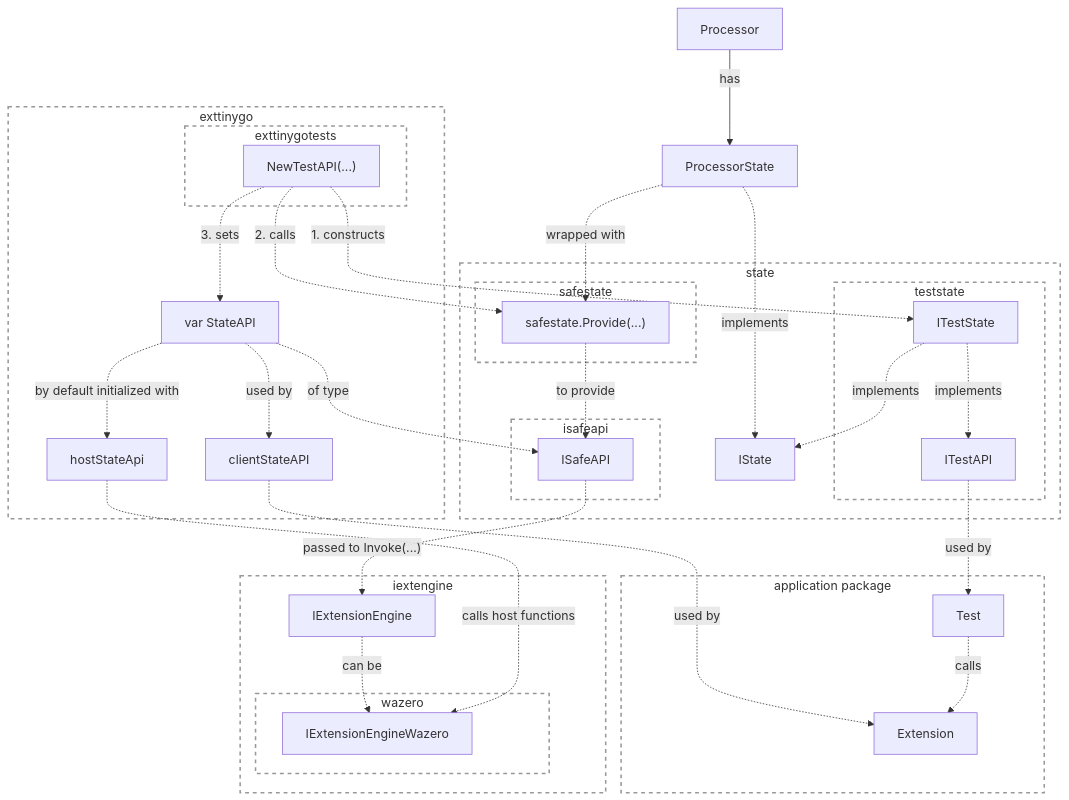
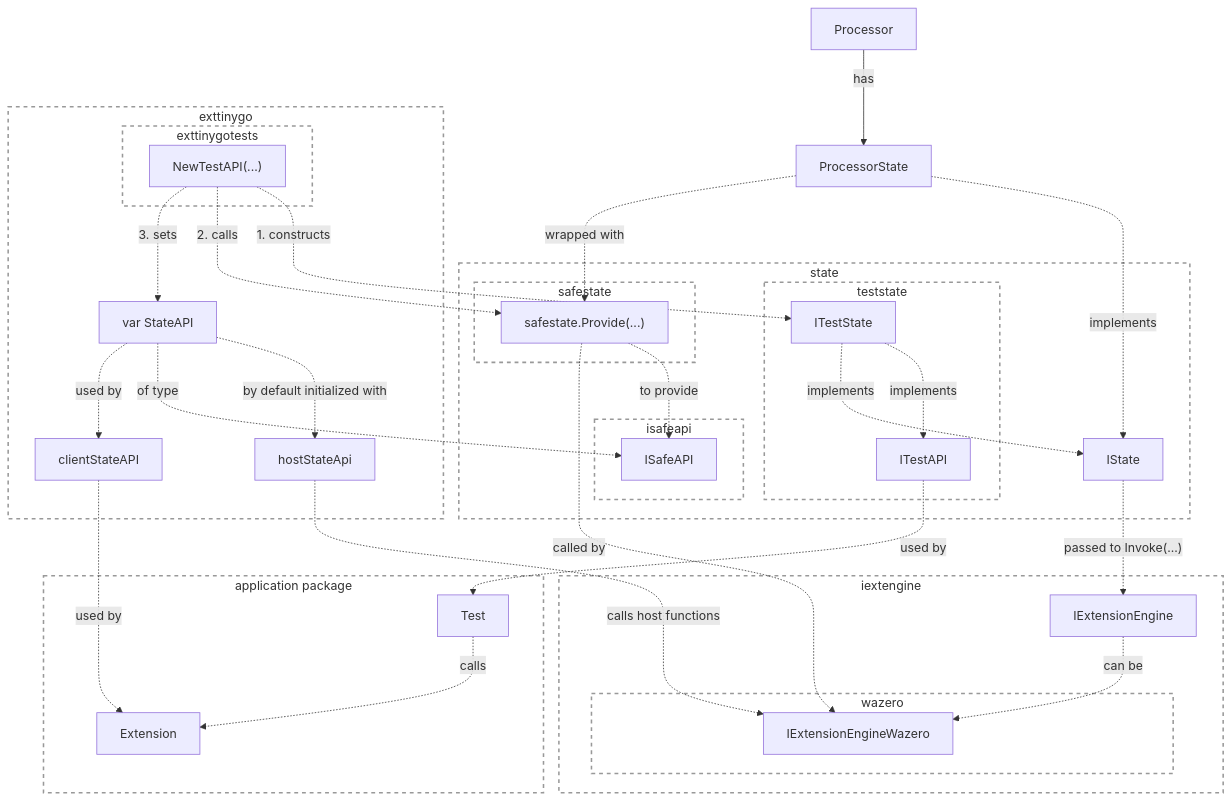
Before and after one commit to voedger/voedger: the diagram in pkg/state/README.md, drawn with Mermaid. The commit also changed other lines of this file and 11 other files, not shown here.

````diff
--- a/pkg/state/README.md
+++ b/pkg/state/README.md
@@ -2,71 +8,72 @@
 ```mermaid
 flowchart TD
     exttinygo:::G
     exttinygotests:::G
     state:::G
     isafeapi:::G
     safestate:::G
     teststate:::G
     iextengine:::G
     application:::G
     wazero:::G
     subgraph exttinygo
         internal.State["var StateAPI"]
         hostAPI["hostStateApi"]
         clientStateAPI["clientStateAPI"]
         subgraph exttinygotests
             NewTestAPI["NewTestAPI(...)"]
         end
     end
     subgraph state
         IState
         subgraph isafeapi
             ISafeAPI["ISafeAPI"]
         end
         subgraph teststate
             ITestState["ITestState"]
             ITestAPI["ITestAPI"]
         end
         subgraph safestate
             safestate.Provide["safestate.Provide(...)"]
         end
     end
     subgraph application["application package"]
         Test
         Extension   
     end
     subgraph iextengine
         subgraph wazero
             IExtensionEngineWazero["IExtensionEngineWazero"]
         end
 
         IExtensionEngine["IExtensionEngine"]
     end
     
     internal.State -.-> |by default initialized with| hostAPI
     internal.State -.-> |of type| ISafeAPI
     internal.State -.-> |used by| clientStateAPI
 
     NewTestAPI -.-> |1. constructs| ITestState
     NewTestAPI -.-> |2. calls| safestate.Provide
     NewTestAPI -.-> |3. sets| internal.State
     ITestState -.-> |implements| ITestAPI
     ITestState -.-> |implements| IState
     ProcessorState -.-> |implements| IState
     ITestAPI -.-> |used by| Test
     safestate.Provide -.-> |to provide| ISafeAPI
 
     hostAPI -.-> |calls host functions| IExtensionEngineWazero
     IExtensionEngine -.-> |can be| IExtensionEngineWazero
 
 
     Processor --> |has| ProcessorState
     ProcessorState -.-> |wrapped with| safestate.Provide
-    ISafeAPI -.-> |"passed to Invoke(...)"| IExtensionEngine
+    IState -.-> |"passed to Invoke(...)"| IExtensionEngine
+    safestate.Provide -.-> |called by| IExtensionEngineWazero
 
     Test -.-> |calls| Extension
     clientStateAPI -.-> |used by|Extension
 
 classDef G fill:#ffffff15, stroke:#999, stroke-width:2px, stroke-dasharray: 5 5
 
 ```
````
